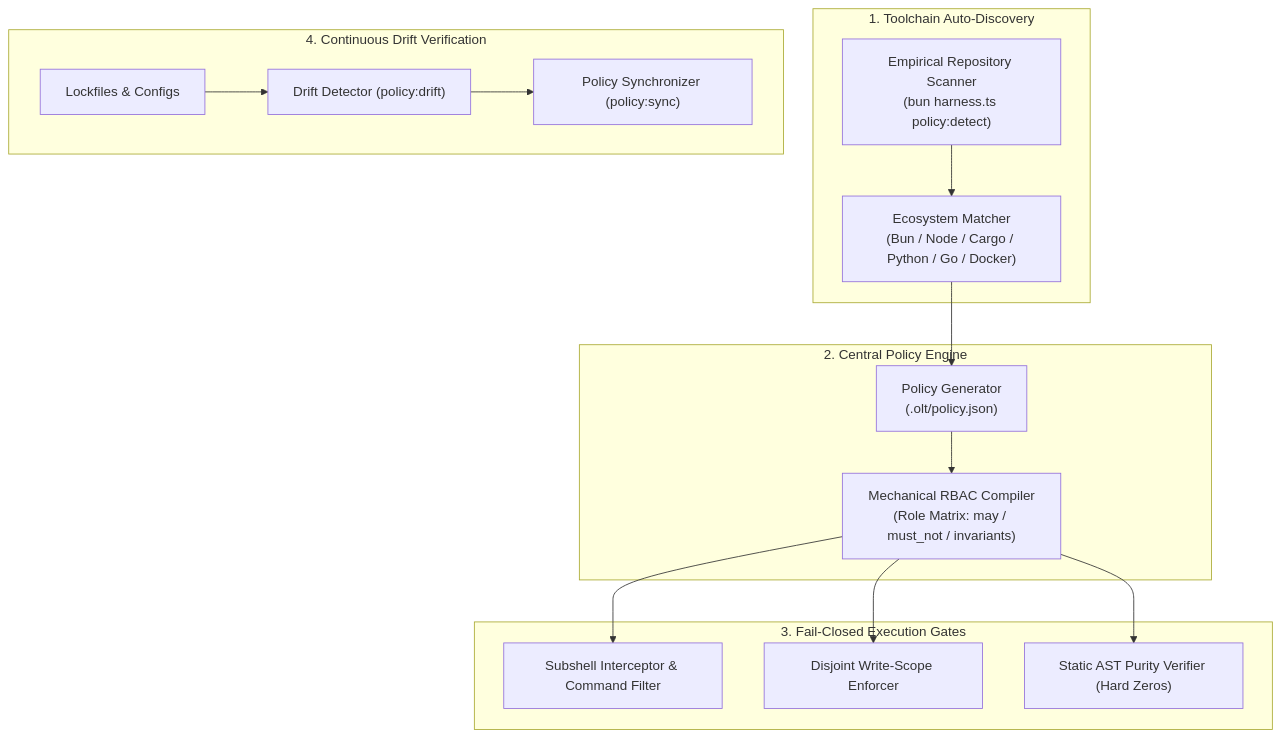
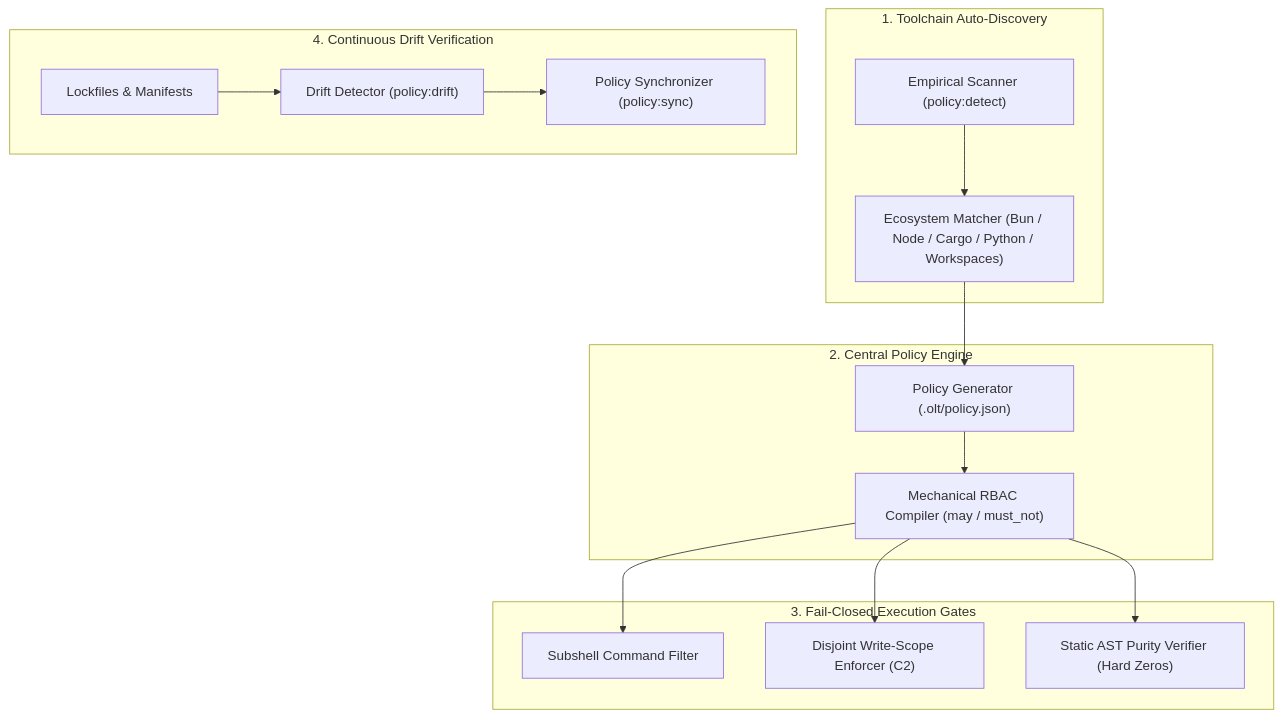
Before and after one commit to onurseckin/skills: the diagram in docs/book/04-toolchain-discovery-and-policy-engine.md, drawn with Mermaid. The commit also changed other lines of this file and 406 other files, not shown here.

````diff
--- a/docs/book/04-toolchain-discovery-and-policy-engine.md
+++ b/docs/book/04-toolchain-discovery-and-policy-engine.md
@@ -16,24 +16,24 @@
 ```mermaid
 graph TD
     subgraph Discovery ["1. Toolchain Auto-Discovery"]
-        Scanner["Empirical Repository Scanner<br/>(bun harness.ts policy:detect)"]
-        Preset["Ecosystem Matcher<br/>(Bun / Node / Cargo / Python / Go / Docker)"]
+        Scanner["Empirical Scanner (policy:detect)"]
+        Preset["Ecosystem Matcher (Bun / Node / Cargo / Python / Workspaces)"]
         Scanner --> Preset
     end
 
     subgraph Compiler ["2. Central Policy Engine"]
-        Preset --> Gen["Policy Generator<br/>(.olt/policy.json)"]
-        Gen --> RBAC["Mechanical RBAC Compiler<br/>(Role Matrix: may / must_not / invariants)"]
+        Preset --> Gen["Policy Generator (.olt/policy.json)"]
+        Gen --> RBAC["Mechanical RBAC Compiler (may / must_not)"]
     end
 
     subgraph Gates ["3. Fail-Closed Execution Gates"]
-        RBAC --> Subshell["Subshell Interceptor & Command Filter"]
-        RBAC --> ScopeGate["Disjoint Write-Scope Enforcer"]
+        RBAC --> Subshell["Subshell Command Filter"]
+        RBAC --> ScopeGate["Disjoint Write-Scope Enforcer (C2)"]
         RBAC --> PurityGate["Static AST Purity Verifier (Hard Zeros)"]
     end
 
     subgraph Drift ["4. Continuous Drift Verification"]
-        Lockfiles["Lockfiles & Configs"] --> DriftDet["Drift Detector (policy:drift)"]
+        Lockfiles["Lockfiles & Manifests"] --> DriftDet["Drift Detector (policy:drift)"]
         DriftDet --> AutoSync["Policy Synchronizer (policy:sync)"]
     end
 ```
````
